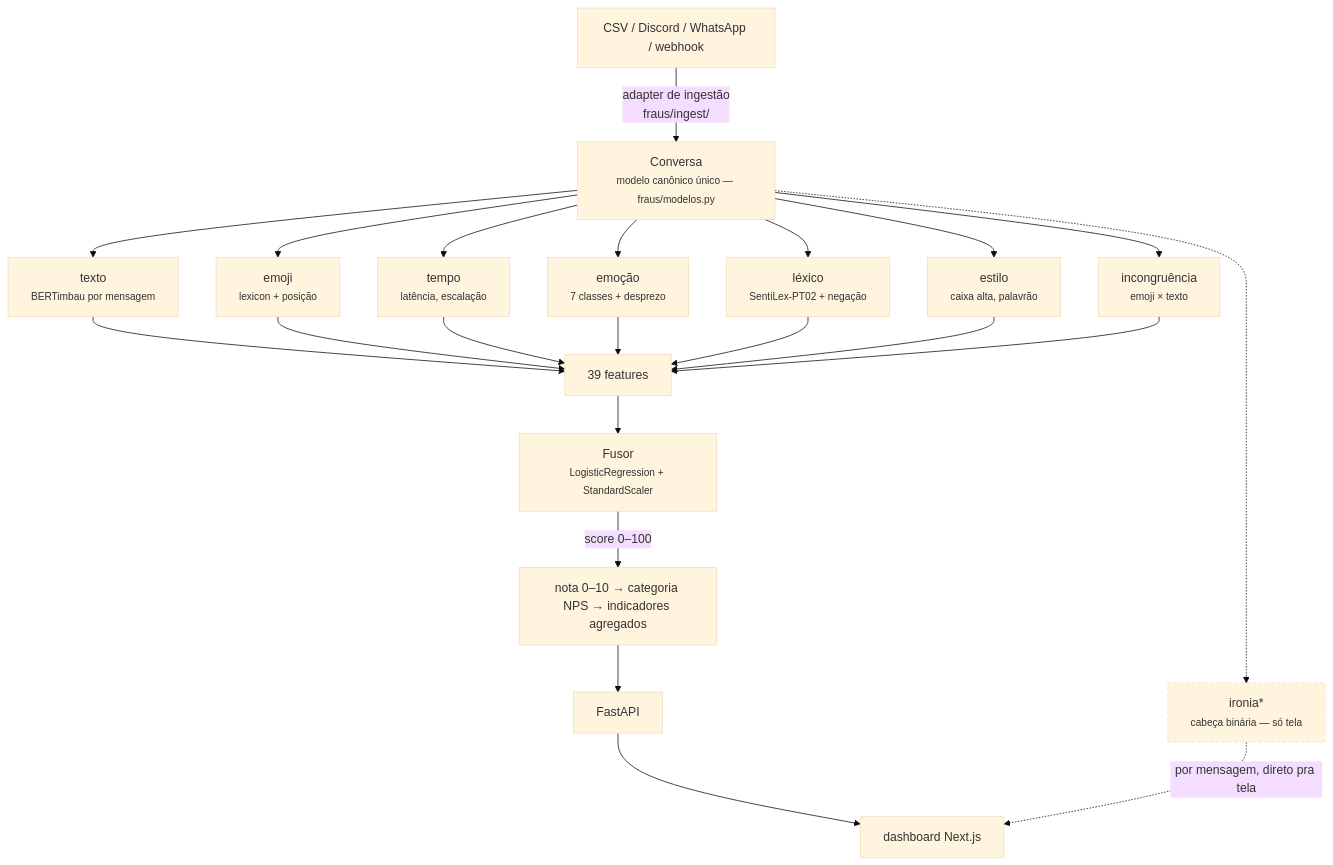
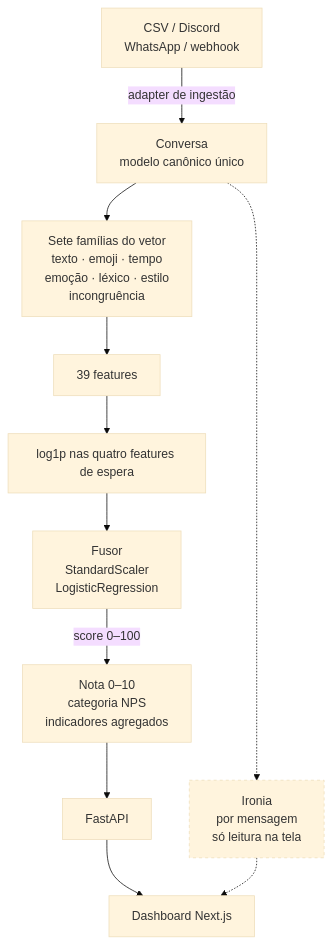
One commit to Joao-Tavares0312/Fraus changed the first of 3 diagrams in docs/arquitetura.md. Above: the diagram before and after it, drawn with Mermaid (base theme). The commit also changed other lines of this file and 89 other files, not shown here.

````diff
--- a/docs/arquitetura.md
+++ b/docs/arquitetura.md
@@ -3,29 +3,14 @@
 ```mermaid
 flowchart TD
-    A["CSV / Discord / WhatsApp / webhook"] -->|"adapter de ingestão<br/>fraus/ingest/"| B["Conversa<br/><small>modelo canônico único — fraus/modelos.py</small>"]
-
-    B --> texto["texto<br/><small>BERTimbau por mensagem</small>"]
-    B --> emoji["emoji<br/><small>lexicon + posição</small>"]
-    B --> tempo["tempo<br/><small>latência, escalação</small>"]
-    B --> emocao["emoção<br/><small>7 classes + desprezo</small>"]
-    B --> lexico["léxico<br/><small>SentiLex-PT02 + negação</small>"]
-    B --> estilo["estilo<br/><small>caixa alta, palavrão</small>"]
-    B --> incong["incongruência<br/><small>emoji × texto</small>"]
-    B -.-> ironia["ironia*<br/><small>cabeça binária — só tela</small>"]
-
-    texto --> V["39 features"]
-    emoji --> V
-    tempo --> V
-    emocao --> V
-    lexico --> V
-    estilo --> V
-    incong --> V
-
-    V --> F["Fusor<br/><small>LogisticRegression + StandardScaler</small>"]
-    F -->|"score 0–100"| N["nota 0–10 → categoria NPS → indicadores agregados"]
+    A["CSV / Discord<br/>WhatsApp / webhook"] -->|"adapter de ingestão"| B["Conversa<br/>modelo canônico único"]
+    B --> S["Sete famílias do vetor<br/>texto · emoji · tempo<br/>emoção · léxico · estilo<br/>incongruência"]
+    B -.-> I["Ironia<br/>por mensagem<br/>só leitura na tela"]
+    S --> V["39 features"]
+    V --> L["log1p nas quatro features de espera"]
+    L --> F["Fusor<br/>StandardScaler<br/>LogisticRegression"]
+    F -->|"score 0–100"| N["Nota 0–10<br/>categoria NPS<br/>indicadores agregados"]
     N --> API["FastAPI"]
-    API --> D["dashboard Next.js"]
-    ironia -.->|"por mensagem, direto pra tela"| D
-
-    style ironia stroke-dasharray: 4 4
+    API --> D["Dashboard Next.js"]
+    I -.-> D
+    style I stroke-dasharray: 4 4
 ```
````
